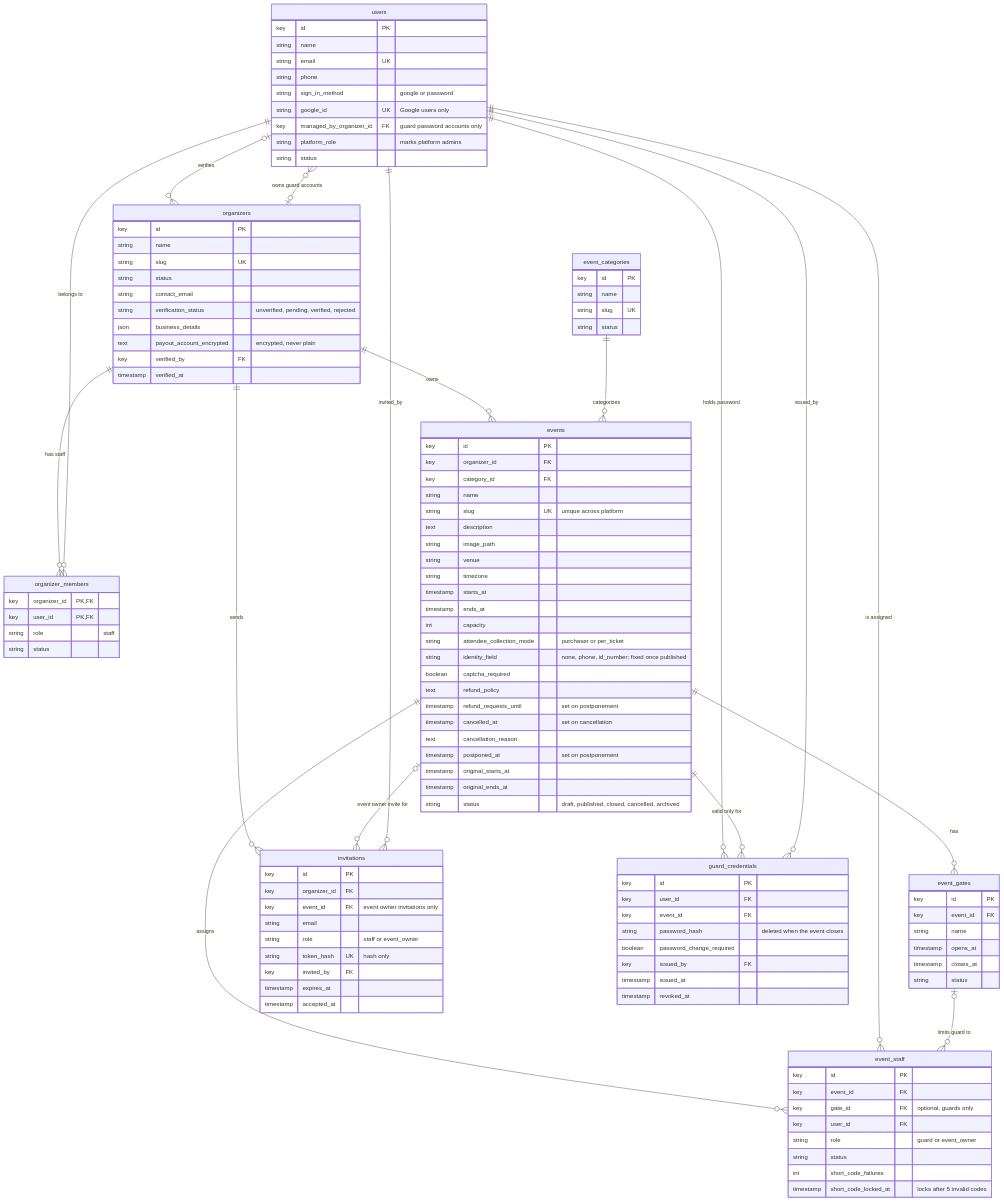
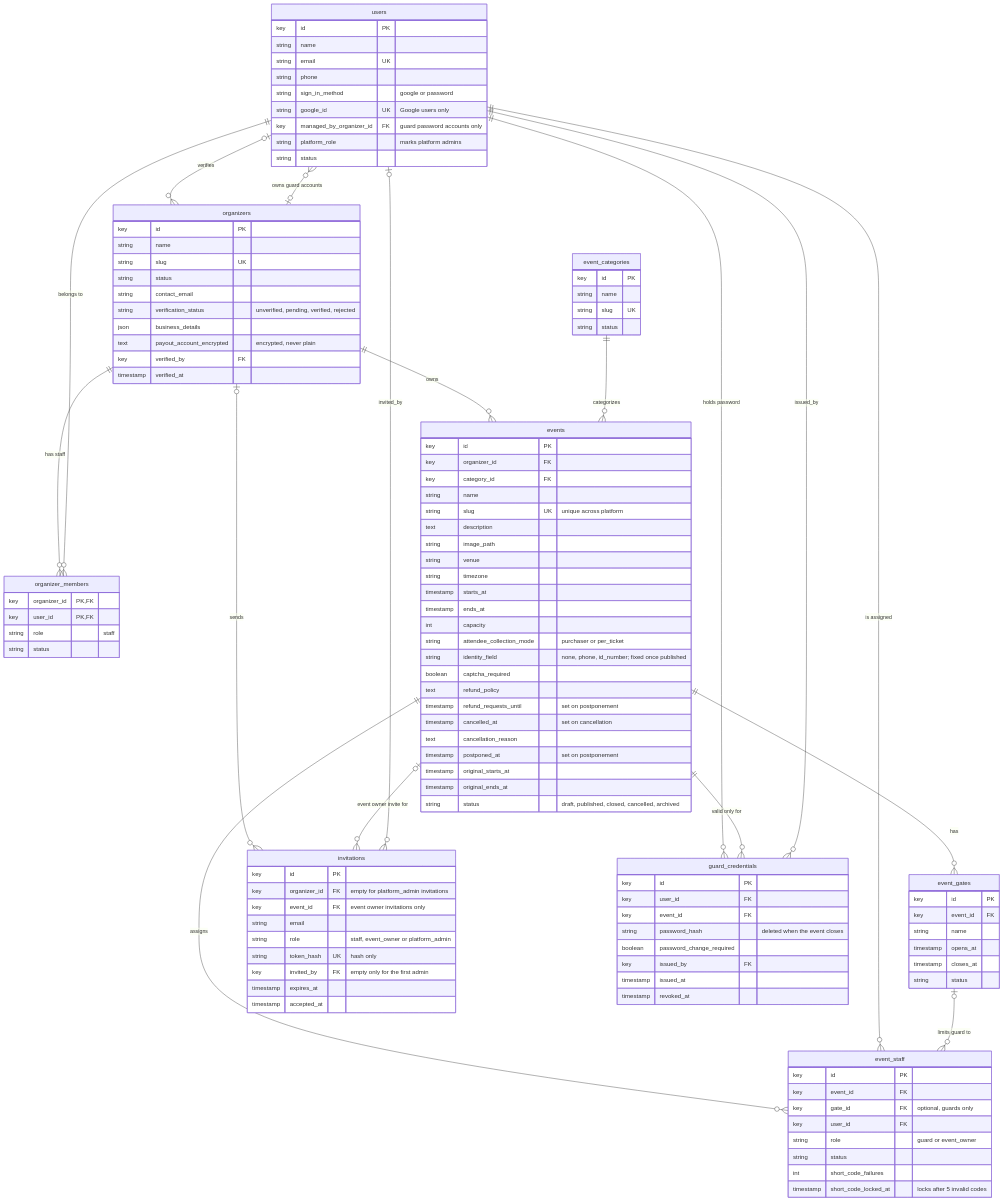
The diagram in doc/diagrams/erd/01-identity-and-tenancy.mmd (kreativesahara/ticket), drawn with Mermaid before and after one commit. The commit also changed 21 other files, not shown here.

Commit message:
add platform admin documentation, role guidelines, and ERD/use-case diagrams

```diff
--- a/doc/diagrams/erd/01-identity-and-tenancy.mmd
+++ b/doc/diagrams/erd/01-identity-and-tenancy.mmd
@@ -1,117 +1,117 @@
 erDiagram
     users {
         key id PK
         string name
         string email UK
         string phone
         string sign_in_method "google or password"
         string google_id UK "Google users only"
         key managed_by_organizer_id FK "guard password accounts only"
         string platform_role "marks platform admins"
         string status
     }
     organizers {
         key id PK
         string name
         string slug UK
         string status
         string contact_email
         string verification_status "unverified, pending, verified, rejected"
         json business_details
         text payout_account_encrypted "encrypted, never plain"
         key verified_by FK
         timestamp verified_at
     }
     organizer_members {
         key organizer_id PK, FK
         key user_id PK, FK
         string role "staff"
         string status
     }
     event_categories {
         key id PK
         string name
         string slug UK
         string status
     }
     events {
         key id PK
         key organizer_id FK
         key category_id FK
         string name
         string slug UK "unique across platform"
         text description
         string image_path
         string venue
         string timezone
         timestamp starts_at
         timestamp ends_at
         int capacity
         string attendee_collection_mode "purchaser or per_ticket"
         string identity_field "none, phone, id_number; fixed once published"
         boolean captcha_required
         text refund_policy
         timestamp refund_requests_until "set on postponement"
         timestamp cancelled_at "set on cancellation"
         text cancellation_reason
         timestamp postponed_at "set on postponement"
         timestamp original_starts_at
         timestamp original_ends_at
         string status "draft, published, closed, cancelled, archived"
     }
     event_gates {
         key id PK
         key event_id FK
         string name
         timestamp opens_at
         timestamp closes_at
         string status
     }
     event_staff {
         key id PK
         key event_id FK
         key gate_id FK "optional, guards only"
         key user_id FK
         string role "guard or event_owner"
         string status
         int short_code_failures
         timestamp short_code_locked_at "locks after 5 invalid codes"
     }
     invitations {
         key id PK
-        key organizer_id FK
+        key organizer_id FK "empty for platform_admin invitations"
         key event_id FK "event owner invitations only"
         string email
-        string role "staff or event_owner"
+        string role "staff, event_owner or platform_admin"
         string token_hash UK "hash only"
-        key invited_by FK
+        key invited_by FK "empty only for the first admin"
         timestamp expires_at
         timestamp accepted_at
     }
     guard_credentials {
         key id PK
         key user_id FK
         key event_id FK
         string password_hash "deleted when the event closes"
         boolean password_change_required
         key issued_by FK
         timestamp issued_at
         timestamp revoked_at
     }
 
     organizers ||--o{ organizer_members : "has staff"
     users ||--o{ organizer_members : "belongs to"
     organizers |o--o{ users : "owns guard accounts"
     users |o--o{ organizers : "verifies"
     organizers ||--o{ events : "owns"
     event_categories ||--o{ events : "categorizes"
     events ||--o{ event_gates : "has"
     events ||--o{ event_staff : "assigns"
     users ||--o{ event_staff : "is assigned"
     event_gates |o--o{ event_staff : "limits guard to"
-    organizers ||--o{ invitations : "sends"
+    organizers |o--o{ invitations : "sends"
     events |o--o{ invitations : "event owner invite for"
-    users ||--o{ invitations : "invited_by"
+    users |o--o{ invitations : "invited_by"
     users ||--o{ guard_credentials : "holds password"
     events ||--o{ guard_credentials : "valid only for"
     users ||--o{ guard_credentials : "issued_by"
```
